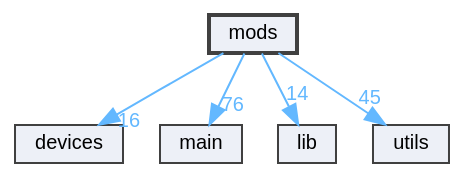
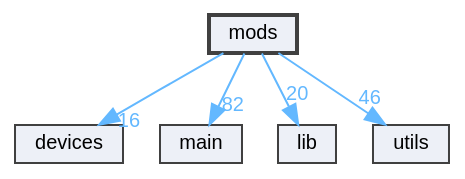
The diagram in api/dir_e32e21dff86b2f4c3e9cf44f437b74cb_dep.dot (the-moisrex/foresight), drawn with Graphviz before and after one commit. The commit also changed 304 other files, not shown here.

```diff
--- a/api/dir_e32e21dff86b2f4c3e9cf44f437b74cb_dep.dot
+++ b/api/dir_e32e21dff86b2f4c3e9cf44f437b74cb_dep.dot
@@ -1,17 +1,17 @@
 digraph "mods"
 {
  // LATEX_PDF_SIZE
   bgcolor="transparent";
   edge [fontname=Helvetica,fontsize=10,labelfontname=Helvetica,labelfontsize=10];
   node [fontname=Helvetica,fontsize=10,shape=box,height=0.2,width=0.4];
   compound=true
   dir_e32e21dff86b2f4c3e9cf44f437b74cb [label="mods", fillcolor="#edf0f7", color="grey25", style="filled,bold", URL="dir_e32e21dff86b2f4c3e9cf44f437b74cb.html",tooltip=""];
   dir_07b86ffc266b39efa5bbdc0e9fdb330a [label="devices", fillcolor="#edf0f7", color="grey25", style="filled", URL="dir_07b86ffc266b39efa5bbdc0e9fdb330a.html",tooltip=""];
   dir_5c982d53a68cdbcd421152b4020263a9 [label="main", fillcolor="#edf0f7", color="grey25", style="filled", URL="dir_5c982d53a68cdbcd421152b4020263a9.html",tooltip=""];
   dir_97aefd0d527b934f1d99a682da8fe6a9 [label="lib", fillcolor="#edf0f7", color="grey25", style="filled", URL="dir_97aefd0d527b934f1d99a682da8fe6a9.html",tooltip=""];
   dir_cbdb8362360e11eafe2fa3bc74cf0ffd [label="utils", fillcolor="#edf0f7", color="grey25", style="filled", URL="dir_cbdb8362360e11eafe2fa3bc74cf0ffd.html",tooltip=""];
   dir_e32e21dff86b2f4c3e9cf44f437b74cb->dir_07b86ffc266b39efa5bbdc0e9fdb330a [headlabel="16", labeldistance=1.5 headhref="dir_000004_000001.html" href="dir_000004_000001.html" color="steelblue1" fontcolor="steelblue1"];
-  dir_e32e21dff86b2f4c3e9cf44f437b74cb->dir_5c982d53a68cdbcd421152b4020263a9 [headlabel="76", labeldistance=1.5 headhref="dir_000004_000003.html" href="dir_000004_000003.html" color="steelblue1" fontcolor="steelblue1"];
-  dir_e32e21dff86b2f4c3e9cf44f437b74cb->dir_97aefd0d527b934f1d99a682da8fe6a9 [headlabel="14", labeldistance=1.5 headhref="dir_000004_000002.html" href="dir_000004_000002.html" color="steelblue1" fontcolor="steelblue1"];
-  dir_e32e21dff86b2f4c3e9cf44f437b74cb->dir_cbdb8362360e11eafe2fa3bc74cf0ffd [headlabel="45", labeldistance=1.5 headhref="dir_000004_000005.html" href="dir_000004_000005.html" color="steelblue1" fontcolor="steelblue1"];
+  dir_e32e21dff86b2f4c3e9cf44f437b74cb->dir_5c982d53a68cdbcd421152b4020263a9 [headlabel="82", labeldistance=1.5 headhref="dir_000004_000003.html" href="dir_000004_000003.html" color="steelblue1" fontcolor="steelblue1"];
+  dir_e32e21dff86b2f4c3e9cf44f437b74cb->dir_97aefd0d527b934f1d99a682da8fe6a9 [headlabel="20", labeldistance=1.5 headhref="dir_000004_000002.html" href="dir_000004_000002.html" color="steelblue1" fontcolor="steelblue1"];
+  dir_e32e21dff86b2f4c3e9cf44f437b74cb->dir_cbdb8362360e11eafe2fa3bc74cf0ffd [headlabel="46", labeldistance=1.5 headhref="dir_000004_000005.html" href="dir_000004_000005.html" color="steelblue1" fontcolor="steelblue1"];
 }
```
